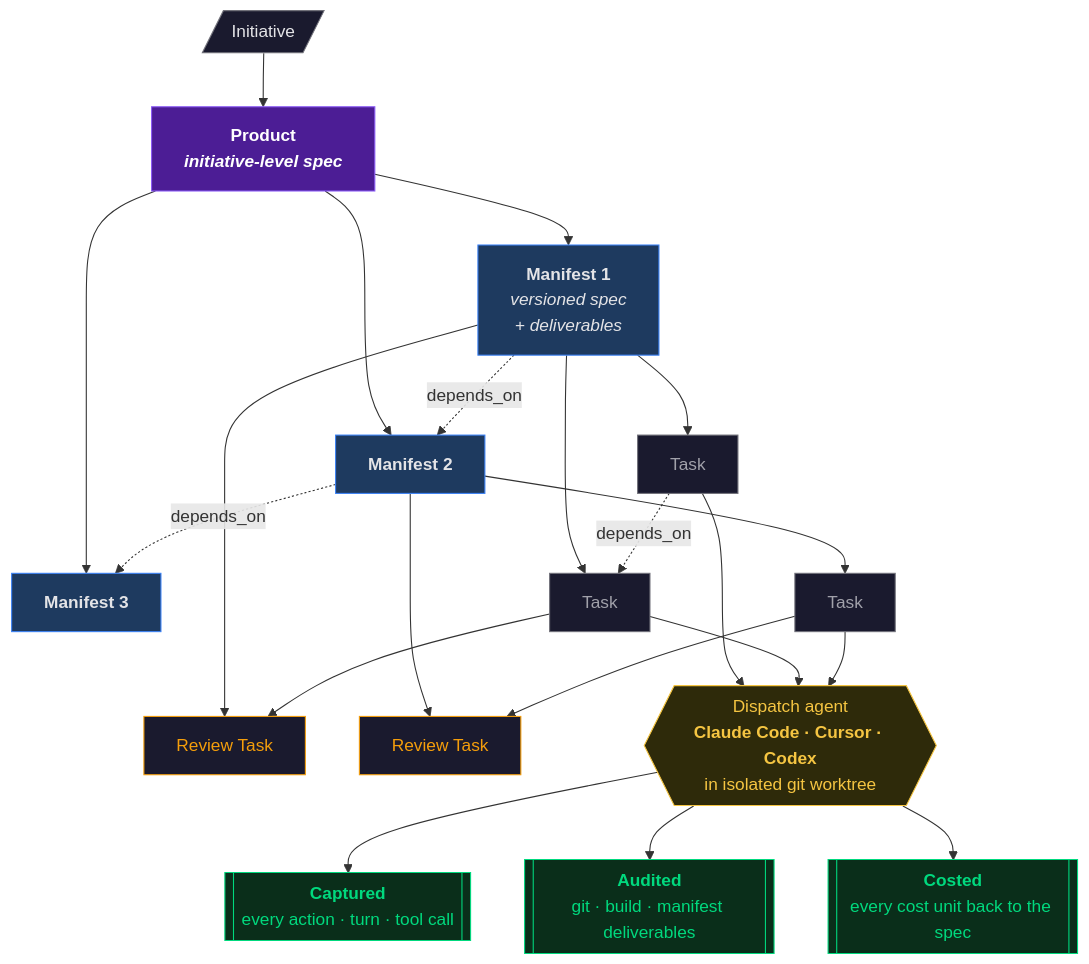
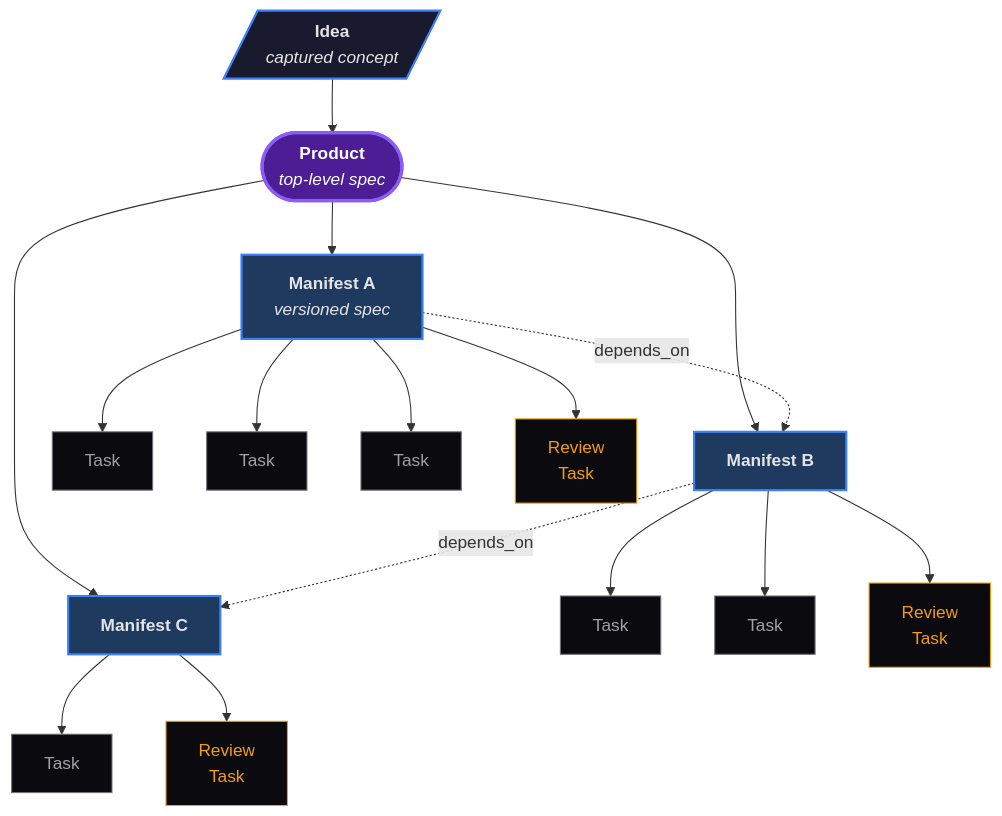
One commit to k8nstantin/OpenPraxis changed the first of 2 diagrams in README.md. Above: the diagram before and after it, drawn with Mermaid. The commit also changed other lines of this file, not shown here.

First paragraph of the commit message:
docs(readme): cleaner lead DAG — grapes hanging off manifests, Idea on top
Previous diagram was busy: Idea → Product → manifests → tasks →
Dispatch agent → (Captured + Audited + Costed) all in one frame.
Too many layers crossed edges and buried the hierarchy story.

````diff
--- a/README.md
+++ b/README.md
@@ -13,40 +13,30 @@
 ```mermaid
 flowchart TB
-    Init[/"Initiative"/]:::init --> P
+    Idea[/"<b>Idea</b><br/><i>captured concept</i>"/]:::idea --> P
 
-    P["<b>Product</b><br/><i>initiative-level spec</i>"]:::product
+    P(["<b>Product</b><br/><i>top-level spec</i>"]):::product
 
-    P --> M1["<b>Manifest 1</b><br/><i>versioned spec<br/>+ deliverables</i>"]:::manifest
-    P --> M2["<b>Manifest 2</b>"]:::manifest
-    P --> M3["<b>Manifest 3</b>"]:::manifest
+    P --> M1["<b>Manifest A</b><br/><i>versioned spec</i>"]:::manifest
+    P --> M2["<b>Manifest B</b>"]:::manifest
+    P --> M3["<b>Manifest C</b>"]:::manifest
     M1 -. depends_on .-> M2
     M2 -. depends_on .-> M3
 
-    M1 --> T1a["Task"]:::task
-    M1 --> T1b["Task"]:::task
-    M1 --> T1r["Review Task"]:::review
-    T1a -. depends_on .-> T1b
-    T1b --> T1r
+    M1 --> T1a[Task]:::task
+    M1 --> T1b[Task]:::task
+    M1 --> T1c[Task]:::task
+    M1 --> R1[Review<br/>Task]:::review
 
-    M2 --> T2a["Task"]:::task
-    M2 --> T2r["Review Task"]:::review
-    T2a --> T2r
+    M2 --> T2a[Task]:::task
+    M2 --> T2b[Task]:::task
+    M2 --> R2[Review<br/>Task]:::review
 
-    T1a --> Dispatch{{"Dispatch agent<br/><b>Claude Code · Cursor · Codex</b><br/>in isolated git worktree"}}:::agent
-    T1b --> Dispatch
-    T2a --> Dispatch
+    M3 --> T3a[Task]:::task
+    M3 --> R3[Review<br/>Task]:::review
 
-    Dispatch --> Capture[["<b>Captured</b><br/>every action · turn · tool call"]]:::capture
-    Dispatch --> Audit[["<b>Audited</b><br/>git · build · manifest deliverables"]]:::audit
-    Dispatch --> Cost[["<b>Costed</b><br/>every cost unit back to the spec"]]:::cost
-
-    classDef init fill:#1a1a2e,stroke:#71717a,color:#e4e4e7
-    classDef product fill:#4c1d95,stroke:#8b5cf6,color:#fff,font-weight:bold
-    classDef manifest fill:#1e3a5f,stroke:#3b82f6,color:#e4e4e7
-    classDef task fill:#1a1a2e,stroke:#71717a,color:#a1a1aa
-    classDef review fill:#1a1a2e,stroke:#f59e0b,color:#f59e0b
-    classDef agent fill:#2e2a0a,stroke:#f5c542,color:#f5c542
-    classDef capture fill:#0a2e1a,stroke:#00d97e,color:#00d97e
-    classDef audit fill:#0a2e1a,stroke:#00d97e,color:#00d97e
-    classDef cost fill:#0a2e1a,stroke:#00d97e,color:#00d97e
+    classDef idea fill:#1a1a2e,stroke:#3b82f6,stroke-width:2px,color:#e4e4e7
+    classDef product fill:#4c1d95,stroke:#8b5cf6,stroke-width:3px,color:#fff
+    classDef manifest fill:#1e3a5f,stroke:#3b82f6,stroke-width:2px,color:#e4e4e7
+    classDef task fill:#0a0a0f,stroke:#71717a,color:#a1a1aa
+    classDef review fill:#0a0a0f,stroke:#f59e0b,color:#f59e0b
 ```
````
